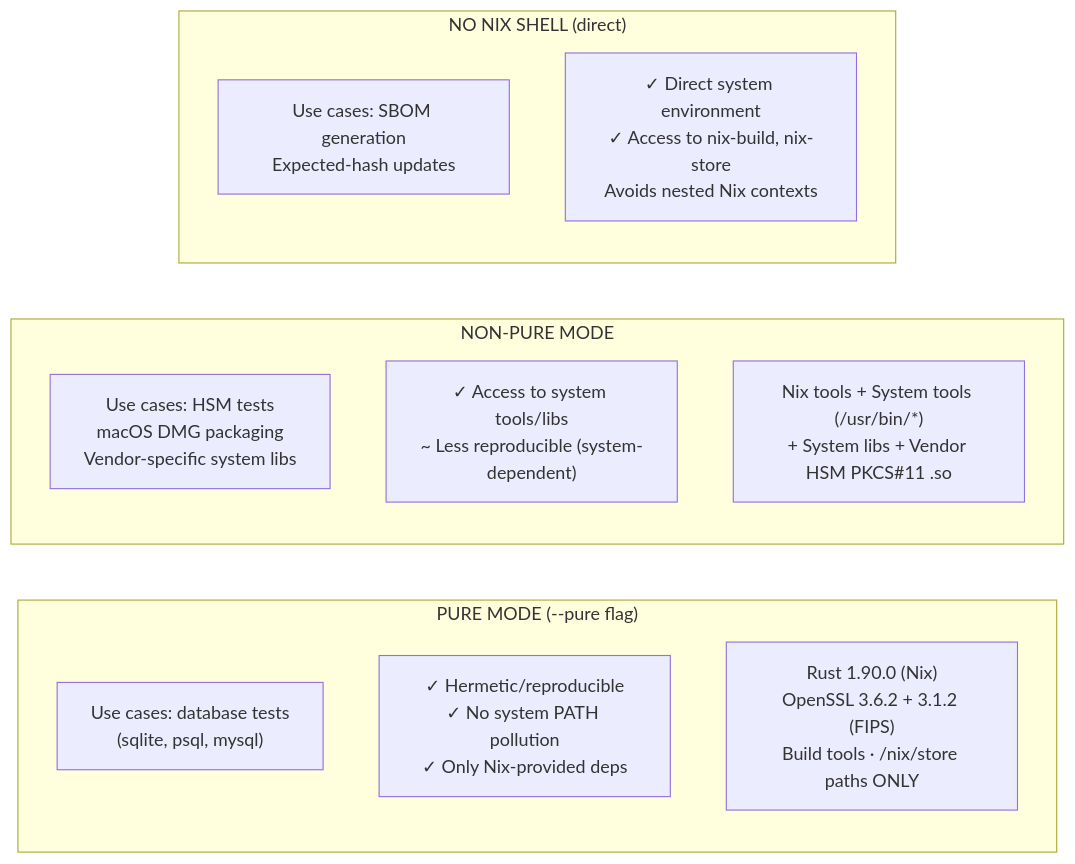
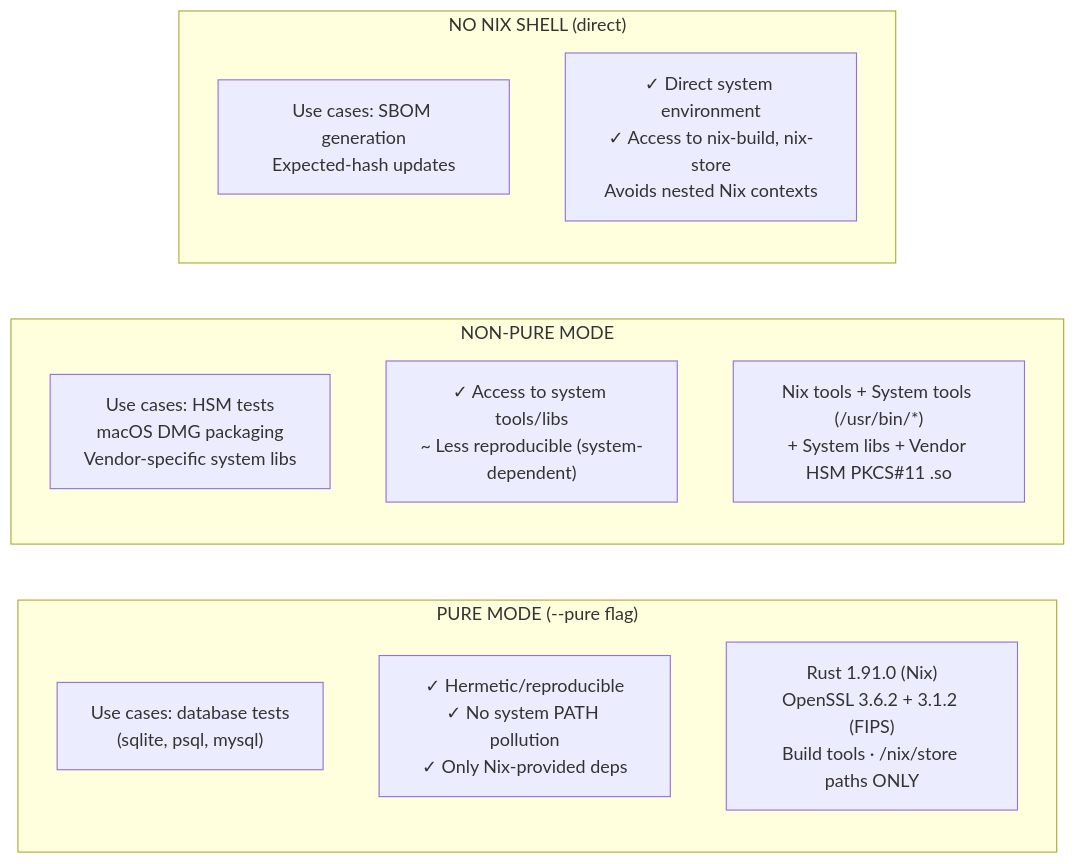
The ninth of 12 diagrams in .github/scripts/README.md (Cosmian/kms), drawn with Mermaid before and after one commit. The commit also changed other lines of this file and 52 other files, not shown here.

````diff
--- a/.github/scripts/README.md
+++ b/.github/scripts/README.md
@@ -735,17 +735,17 @@
 ```mermaid
 flowchart LR
     subgraph pure["PURE MODE (--pure flag)"]
         p_use["Use cases: database tests<br/>(sqlite, psql, mysql)"]
         p_char["✓ Hermetic/reproducible<br/>✓ No system PATH pollution<br/>✓ Only Nix-provided deps"]
-        p_env["Rust 1.90.0 (Nix)<br/>OpenSSL 3.6.2 + 3.1.2 (FIPS)<br/>Build tools · /nix/store paths ONLY"]
+        p_env["Rust 1.91.0 (Nix)<br/>OpenSSL 3.6.2 + 3.1.2 (FIPS)<br/>Build tools · /nix/store paths ONLY"]
     end
     subgraph nonpure["NON-PURE MODE"]
         np_use["Use cases: HSM tests<br/>macOS DMG packaging<br/>Vendor-specific system libs"]
         np_char["✓ Access to system tools/libs<br/>~ Less reproducible (system-dependent)"]
         np_env["Nix tools + System tools (/usr/bin/*)<br/>+ System libs + Vendor HSM PKCS#11 .so"]
     end
     subgraph nonix["NO NIX SHELL (direct)"]
         nn_use["Use cases: SBOM generation<br/>Expected-hash updates"]
         nn_char["✓ Direct system environment<br/>✓ Access to nix-build, nix-store<br/>Avoids nested Nix contexts"]
     end
 ```
````
